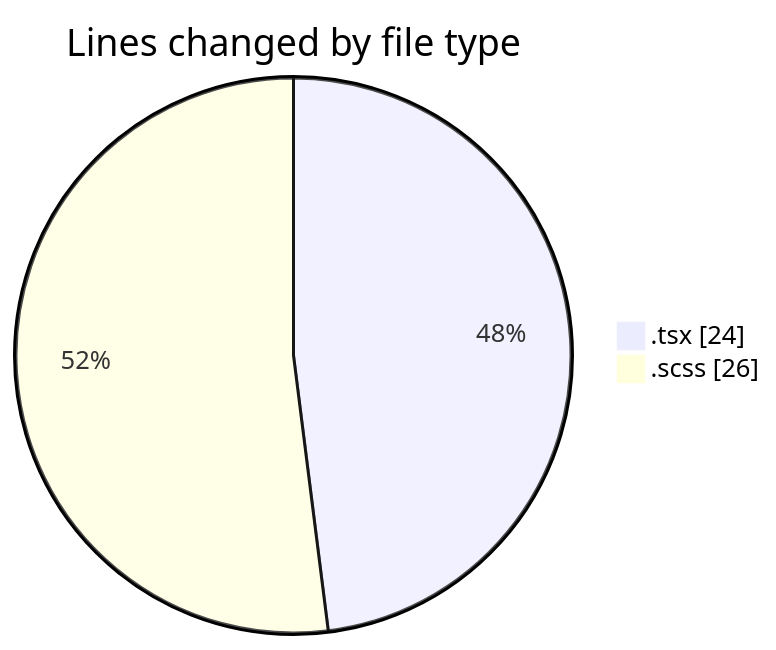
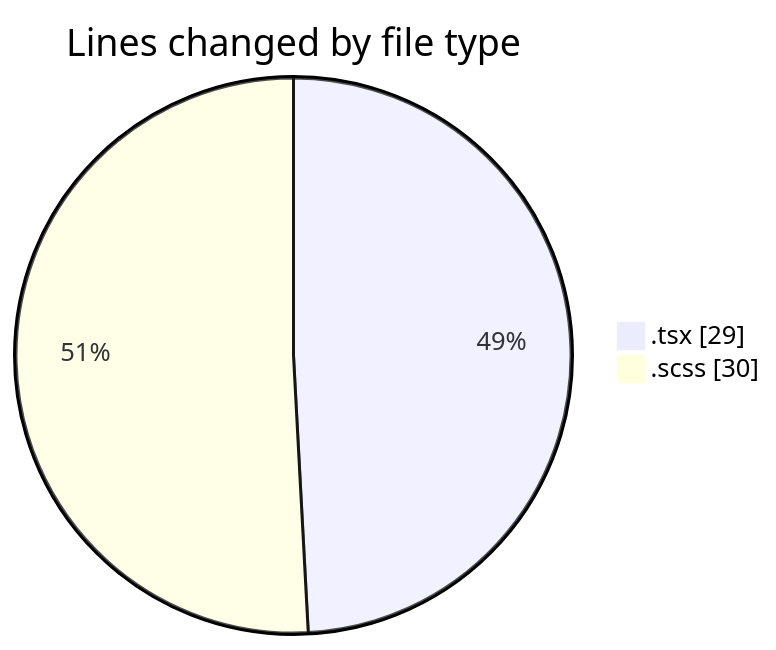
One commit to momahboobian/code-tracking changed the first of 2 diagrams in 2026-07-21/cda/README.md. Above: the diagram before and after it, drawn with Mermaid. The commit also changed other lines of this file and 1 other file, not shown here.

````diff
--- a/2026-07-21/cda/README.md
+++ b/2026-07-21/cda/README.md
@@ -23,6 +23,6 @@
 ```mermaid
 pie showData
 title Lines changed by file type
-".tsx" : 24
-".scss" : 26
+".tsx" : 29
+".scss" : 30
 ```
````
